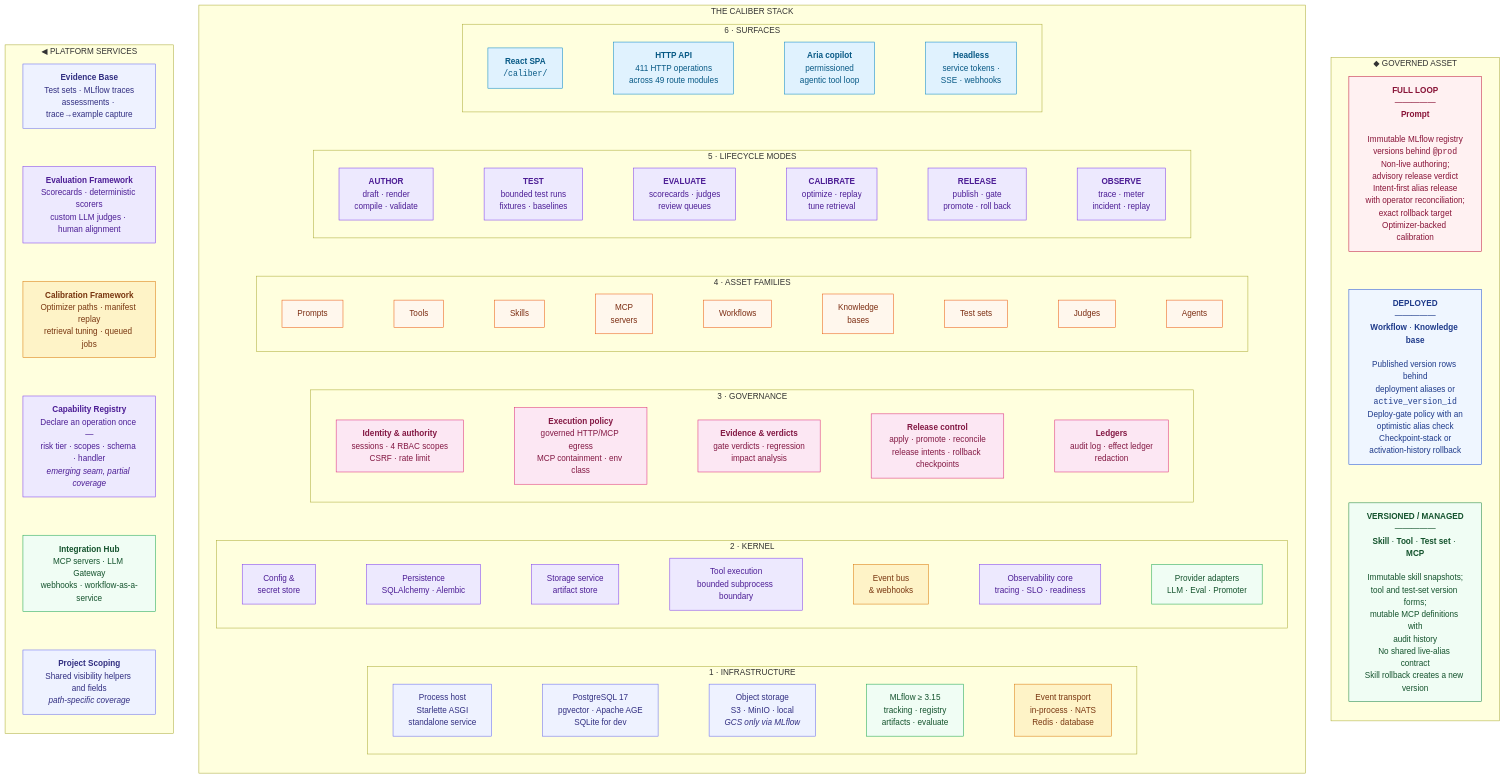
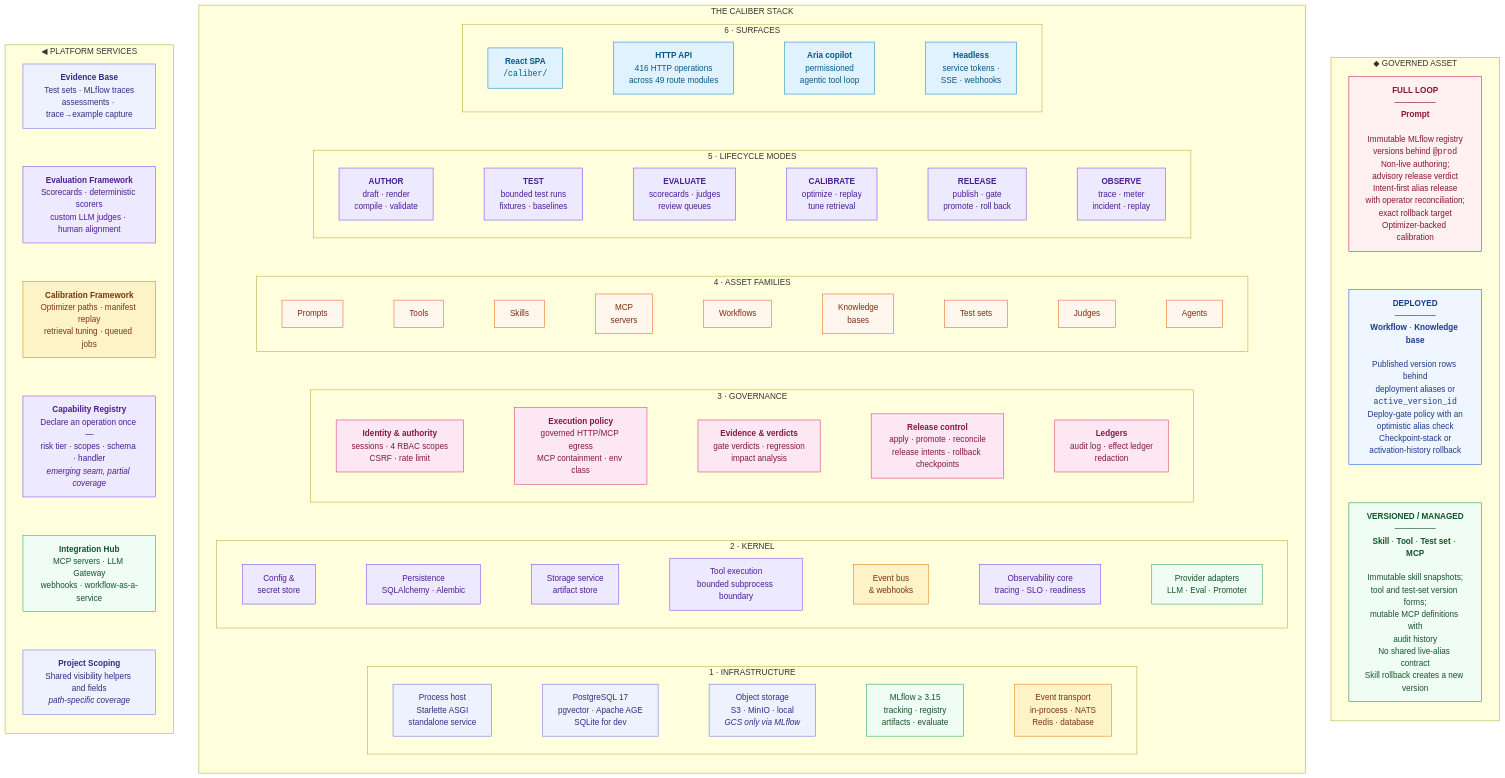
One commit to rrahimi-uci/caliber-suite changed the first of 8 diagrams in ARCHITECTURE.md. Above: the diagram before and after it, drawn with Mermaid. The commit also changed 31 other files, not shown here.

```diff
--- a/ARCHITECTURE.md
+++ b/ARCHITECTURE.md
@@ -105,7 +105,7 @@
     subgraph L6["6 · SURFACES"]
       direction LR
       s1["<b>React SPA</b><br/><code>/caliber/</code>"]:::ui
-      s2["<b>HTTP API</b><br/>411 HTTP operations<br/>across 49 route modules"]:::ui
+      s2["<b>HTTP API</b><br/>416 HTTP operations<br/>across 49 route modules"]:::ui
       s3["<b>Aria copilot</b><br/>permissioned<br/>agentic tool loop"]:::ui
       s4["<b>Headless</b><br/>service tokens ·<br/>SSE · webhooks"]:::ui
       s1 --- s2 --- s3 --- s4
```
